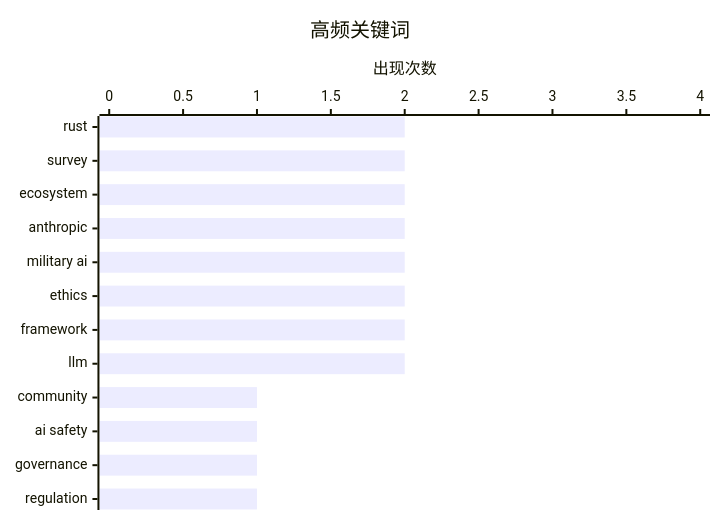
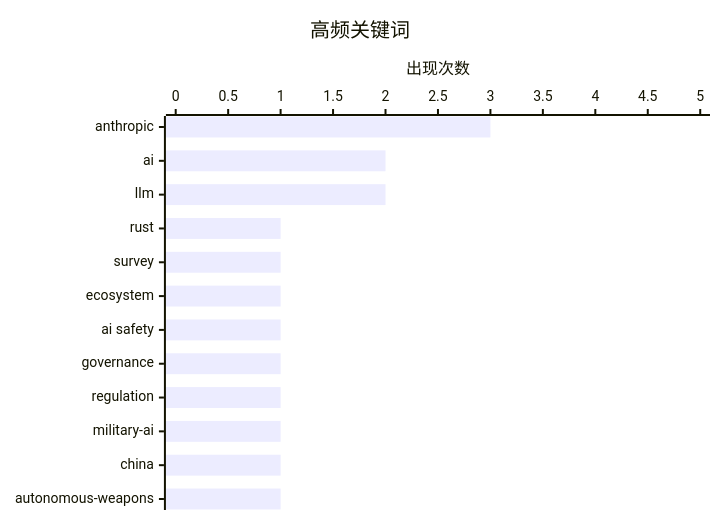
Before and after one commit to AustinWp/ai-daily-digest: the second of 2 diagrams in digests/digest-20260303.md, drawn with Mermaid. The commit also changed other lines of this file, not shown here.

````diff
--- a/digests/digest-20260303.md
+++ b/digests/digest-20260303.md
@@ -586,7 +400,7 @@
 ```mermaid
 xychart-beta horizontal
     title "高频关键词"
-    x-axis ["rust", "survey", "ecosystem", "anthropic", "military ai", "ethics", "framework", "llm", "community", "ai safety", "governance", "regulation"]
-    y-axis "出现次数" 0 --> 4
-    bar [2, 2, 2, 2, 2, 2, 2, 2, 1, 1, 1, 1]
+    x-axis ["anthropic", "ai", "llm", "rust", "survey", "ecosystem", "ai safety", "governance", "regulation", "military-ai", "china", "autonomous-weapons"]
+    y-axis "出现次数" 0 --> 5
+    bar [3, 2, 2, 1, 1, 1, 1, 1, 1, 1, 1, 1]
 ```
````
